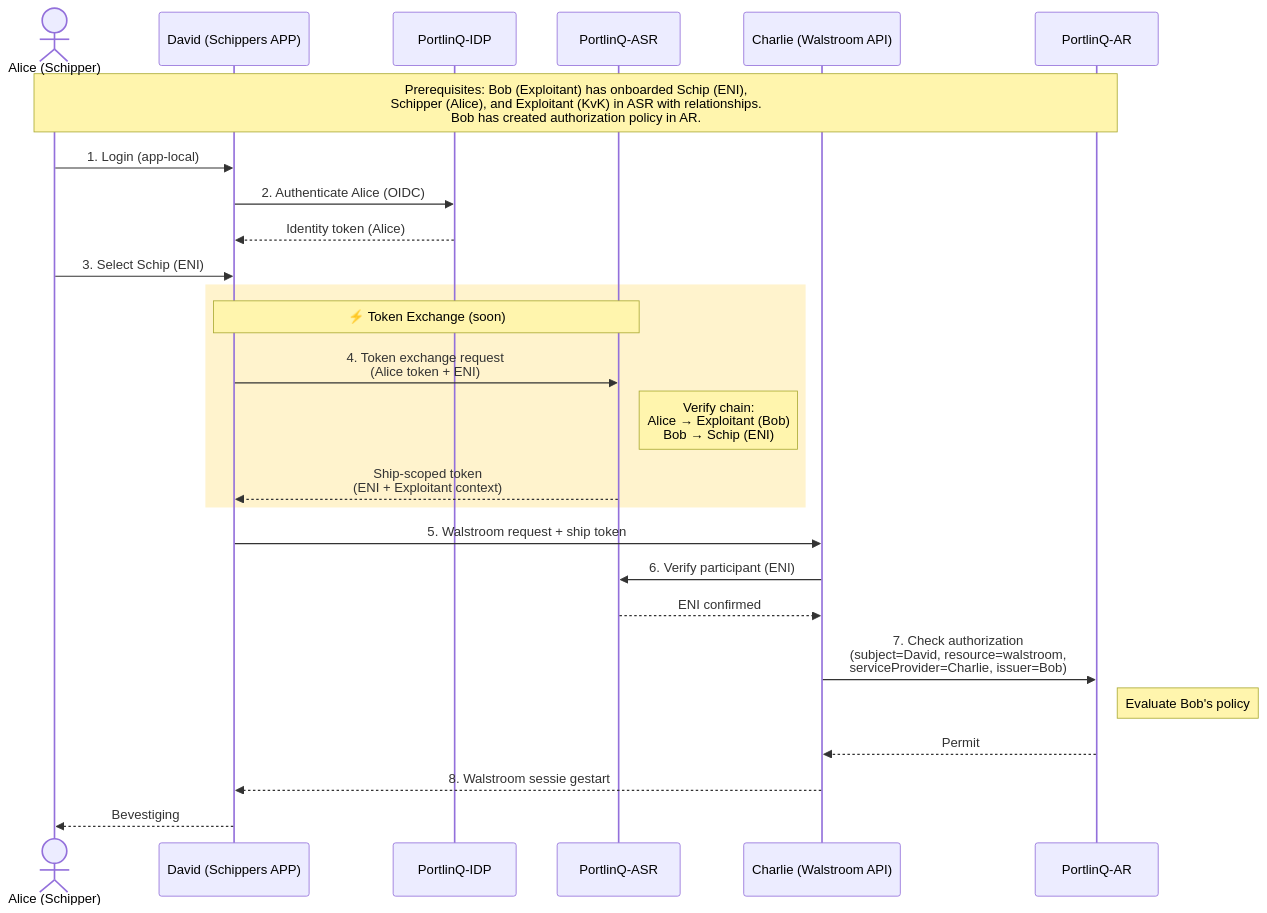
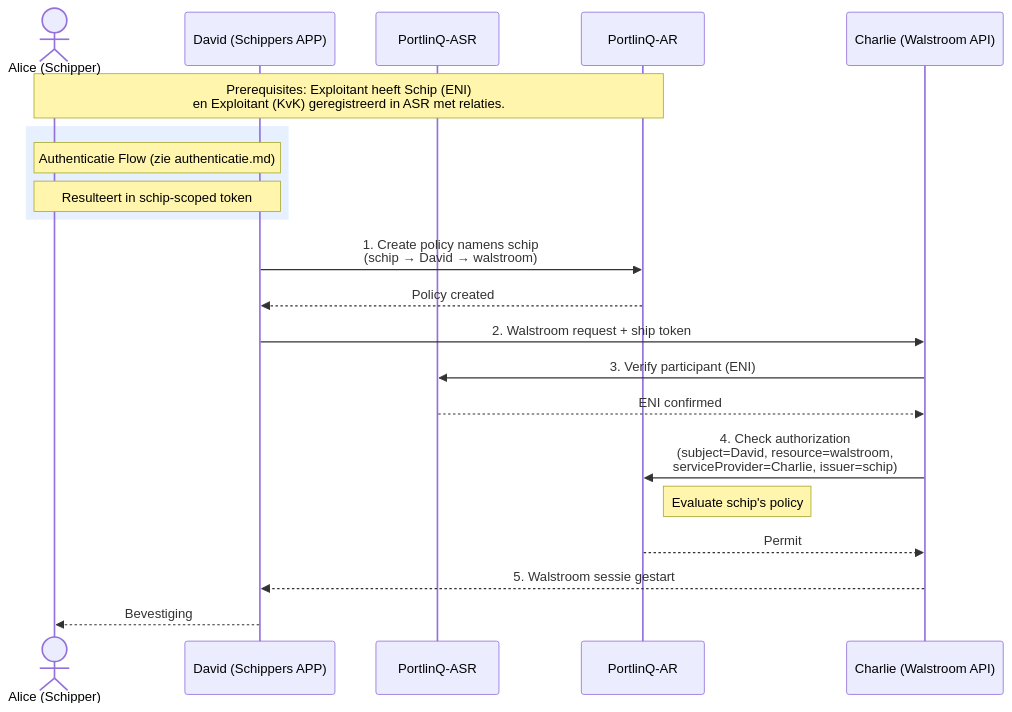
One commit to POORT8/Poort8.Docs changed the diagram in portlinq/walstroom-toegang.md. Above: the diagram before and after it, drawn with Mermaid. The commit also changed other lines of this file and 4 other files, not shown here.

````diff
--- a/portlinq/walstroom-toegang.md
+++ b/portlinq/walstroom-toegang.md
@@ -15,34 +15,26 @@
 ```mermaid
 sequenceDiagram
     actor Alice as Alice (Schipper)
     participant David as David (Schippers APP)
-    participant IDP as PortlinQ-IDP
     participant ASR as PortlinQ-ASR
+    participant AR as PortlinQ-AR
     participant Charlie as Charlie (Walstroom API)
-    participant AR as PortlinQ-AR
-    Note over Alice,AR: Prerequisites: Bob (Exploitant) has onboarded Schip (ENI),<br/>Schipper (Alice), and Exploitant (KvK) in ASR with relationships.<br/>Bob has created authorization policy in AR.
+    Note over Alice,AR: Prerequisites: Exploitant heeft Schip (ENI)<br/>en Exploitant (KvK) geregistreerd in ASR met relaties.
 
-    %% Authentication
-    Alice->>David: 1. Login (app-local)
-    David->>IDP: 2. Authenticate Alice (OIDC)
-    IDP-->>David: Identity token (Alice)
-
-    %% Ship selection & token exchange
-    Alice->>David: 3. Select Schip (ENI)
-    rect rgb(255, 243, 205)
-        Note over David,ASR: ⚡ Token Exchange (soon)
-        David->>ASR: 4. Token exchange request<br/>(Alice token + ENI)
-        Note right of ASR: Verify chain:<br/>Alice → Exploitant (Bob)<br/>Bob → Schip (ENI)
-        ASR-->>David: Ship-scoped token<br/>(ENI + Exploitant context)
+    rect rgb(230, 240, 255)
+        Note over Alice,David: Authenticatie Flow (zie authenticatie.md)
+        Note over Alice,David: Resulteert in schip-scoped token
     end
 
-    %% Service request
-    David->>Charlie: 5. Walstroom request + ship token
-    Charlie->>ASR: 6. Verify participant (ENI)
+    David->>AR: 1. Create policy namens schip<br/>(schip → David → walstroom)
+    AR-->>David: Policy created
+
+    David->>Charlie: 2. Walstroom request + ship token
+    Charlie->>ASR: 3. Verify participant (ENI)
     ASR-->>Charlie: ENI confirmed
-    Charlie->>AR: 7. Check authorization<br/>(subject=David, resource=walstroom,<br/>serviceProvider=Charlie, issuer=Bob)
-    Note right of AR: Evaluate Bob's policy
+    Charlie->>AR: 4. Check authorization<br/>(subject=David, resource=walstroom,<br/>serviceProvider=Charlie, issuer=schip)
+    Note right of AR: Evaluate schip's policy
     AR-->>Charlie: Permit
-    Charlie-->>David: 8. Walstroom sessie gestart
+    Charlie-->>David: 5. Walstroom sessie gestart
     David-->>Alice: Bevestiging
 ```
````
